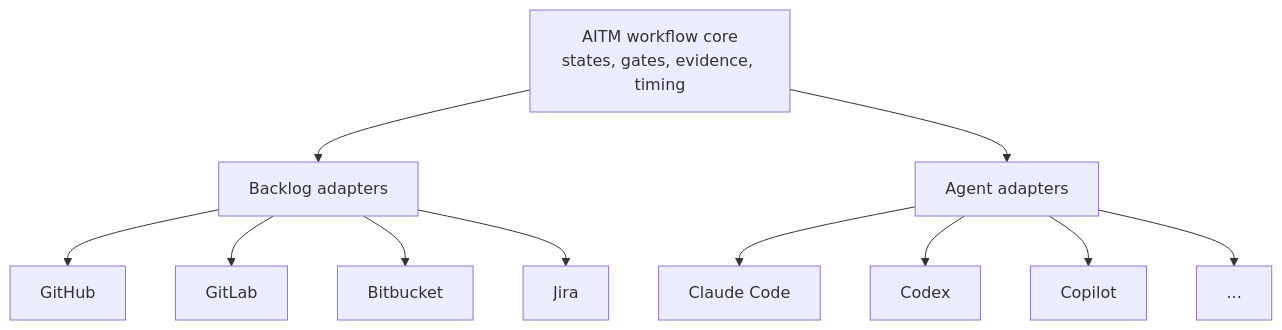
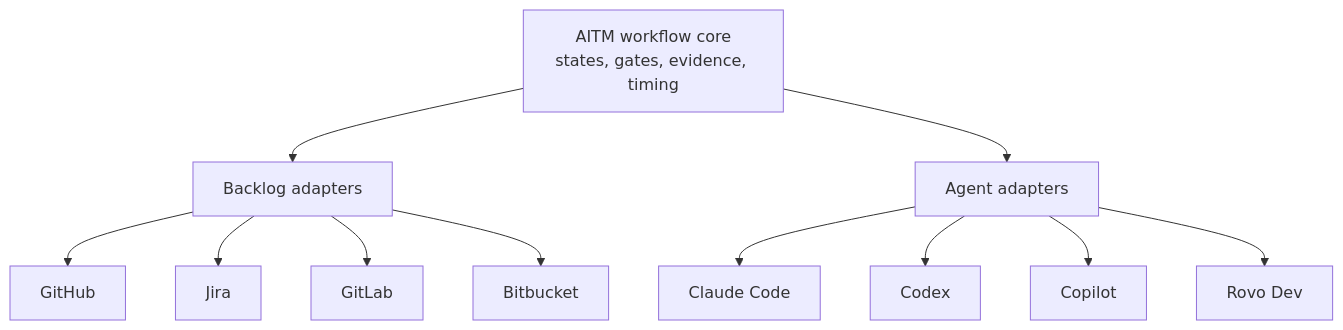
One commit to kburson/ai-task-manager changed the diagram in docs/articles/08-adapter-future.md. Above: the diagram before and after it, drawn with Mermaid. The commit also changed 3 other files, not shown here.

First line of the commit message:
[#1102] fix(articles): reconcile drifted diagram pairs

````diff
--- a/docs/articles/08-adapter-future.md
+++ b/docs/articles/08-adapter-future.md
@@ -58,13 +58,13 @@
 ```mermaid
 flowchart TB
     Core["AITM workflow core\nstates, gates, evidence, timing"] --> BacklogAdapters["Backlog adapters"]
     Core --> AgentAdapters["Agent adapters"]
     BacklogAdapters --> GitHub["GitHub"]
+    BacklogAdapters --> Jira["Jira"]
     BacklogAdapters --> GitLab["GitLab"]
     BacklogAdapters --> Bitbucket["Bitbucket"]
-    BacklogAdapters --> Jira["Jira"]
     AgentAdapters --> Claude["Claude Code"]
     AgentAdapters --> Codex["Codex"]
     AgentAdapters --> Copilot["Copilot"]
-    AgentAdapters --> Rovo["..."]
+    AgentAdapters --> Rovo["Rovo Dev"]
 ```
````
